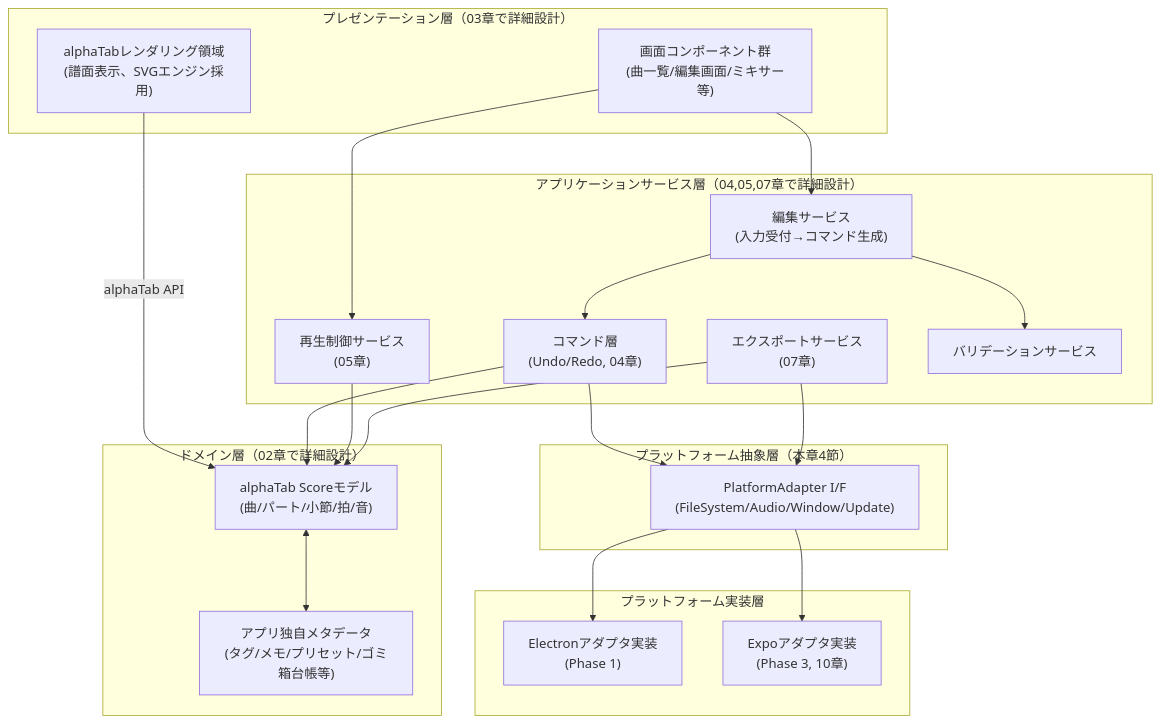
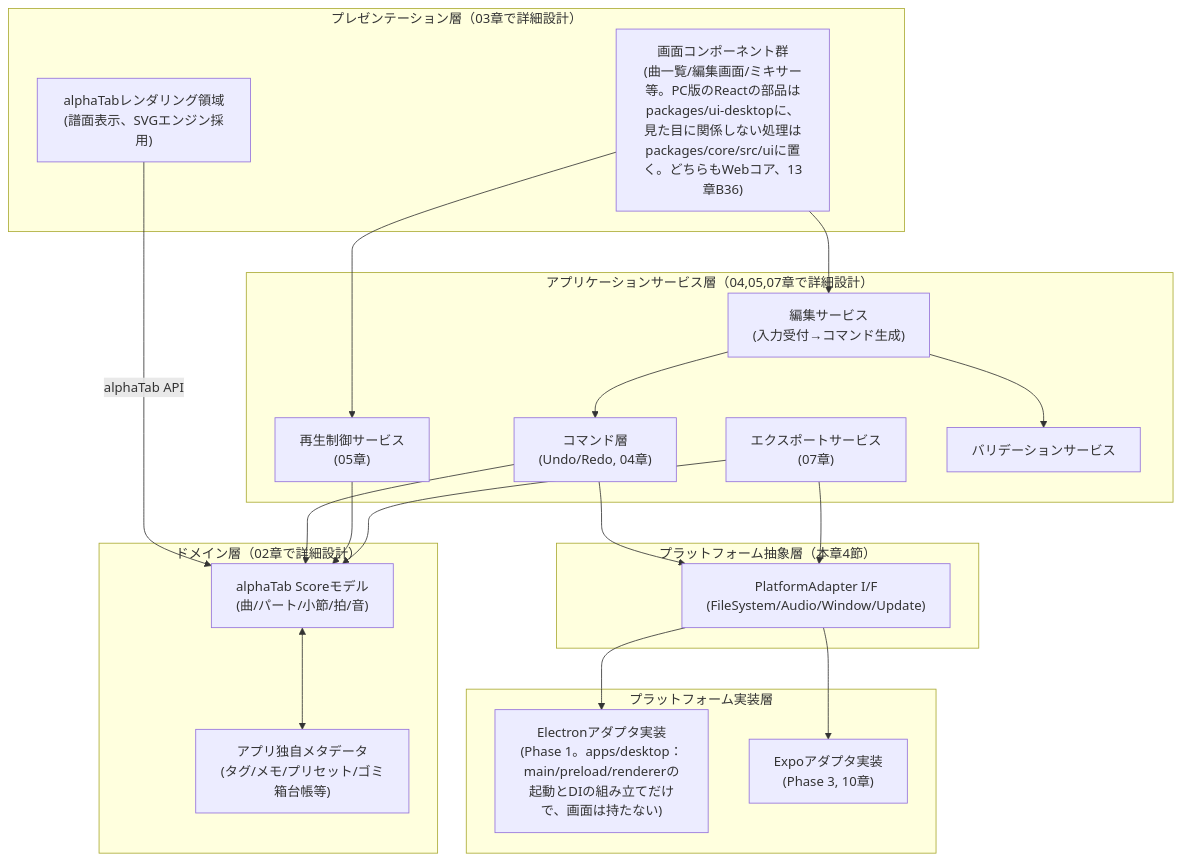
The first of 2 diagrams in docs/basic_design/01_architecture.md (ippoooooshi/RiFF-LiNE), drawn with Mermaid before and after one commit. The commit also changed other lines of this file and 9 other files, not shown here.

````diff
--- a/docs/basic_design/01_architecture.md
+++ b/docs/basic_design/01_architecture.md
@@ -13,38 +13,38 @@
 ```mermaid
 flowchart TB
     subgraph L1["プレゼンテーション層（03章で詳細設計）"]
-        SCR["画面コンポーネント群\n(曲一覧/編集画面/ミキサー等)"]
+        SCR["画面コンポーネント群\n(曲一覧/編集画面/ミキサー等。PC版のReactの部品はpackages/ui-desktopに、見た目に関係しない処理はpackages/core/src/uiに置く。どちらもWebコア、13章B36)"]
         REND["alphaTabレンダリング領域\n(譜面表示、SVGエンジン採用)"]
     end
     subgraph L2["アプリケーションサービス層（04,05,07章で詳細設計）"]
         EDITSVC["編集サービス\n(入力受付→コマンド生成)"]
         CMD["コマンド層\n(Undo/Redo, 04章)"]
         PLAYSVC["再生制御サービス\n(05章)"]
         EXPORTSVC["エクスポートサービス\n(07章)"]
         VALID["バリデーションサービス"]
     end
     subgraph L3["ドメイン層（02章で詳細設計）"]
         SCORE["alphaTab Scoreモデル\n(曲/パート/小節/拍/音)"]
         META["アプリ独自メタデータ\n(タグ/メモ/プリセット/ゴミ箱台帳等)"]
     end
     subgraph L4["プラットフォーム抽象層（本章4節）"]
         PADAPT["PlatformAdapter I/F\n(FileSystem/Audio/Window/Update)"]
     end
     subgraph L5["プラットフォーム実装層"]
-        ELECTRON["Electronアダプタ実装\n(Phase 1)"]
+        ELECTRON["Electronアダプタ実装\n(Phase 1。apps/desktop：main/preload/rendererの起動とDIの組み立てだけで、画面は持たない)"]
         EXPO["Expoアダプタ実装\n(Phase 3, 10章)"]
     end
 
     SCR --> EDITSVC
     SCR --> PLAYSVC
     REND -->|alphaTab API| SCORE
     EDITSVC --> CMD --> SCORE
     EDITSVC --> VALID
     PLAYSVC --> SCORE
     EXPORTSVC --> SCORE
     SCORE <--> META
     CMD --> PADAPT
     EXPORTSVC --> PADAPT
     PADAPT --> ELECTRON
     PADAPT --> EXPO
 ```
````
